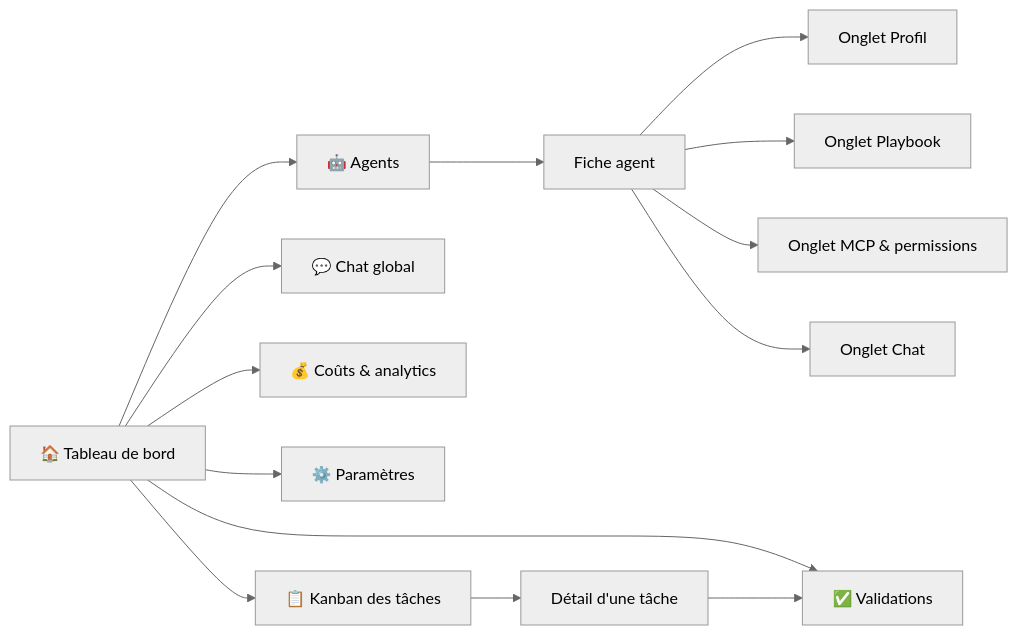
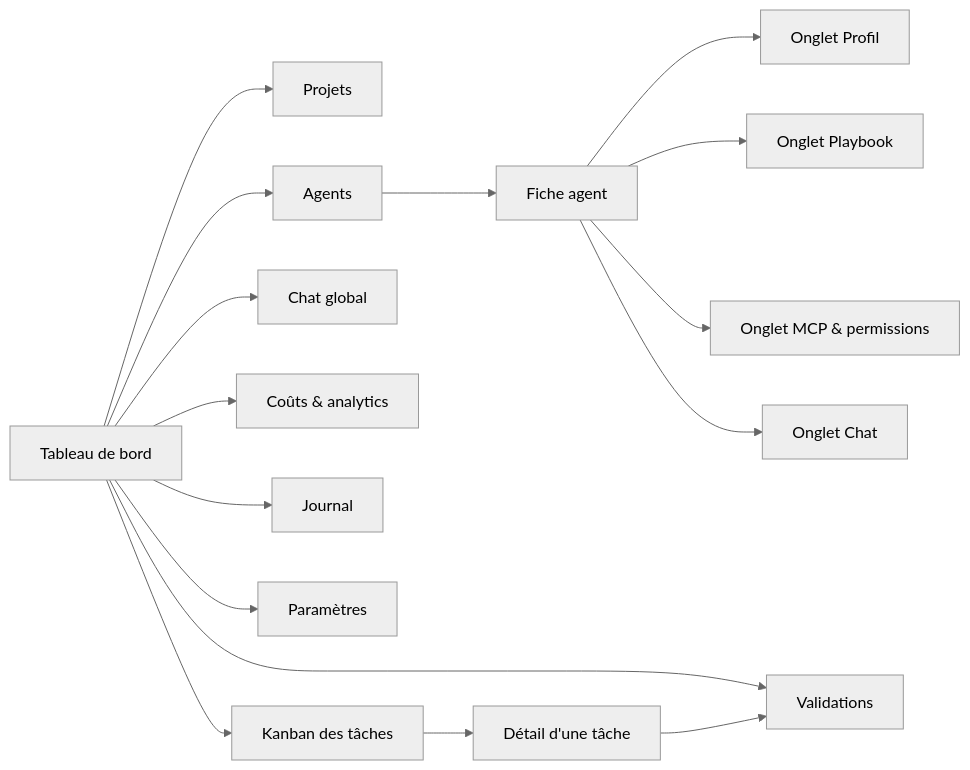
The diagram in docs/05-interface-control-tower.md (automatemaestro-create/maestro), drawn with Mermaid (neutral theme) before and after one commit. The commit also changed other lines of this file and 7 other files, not shown here.

````diff
--- a/docs/05-interface-control-tower.md
+++ b/docs/05-interface-control-tower.md
@@ -16,16 +20,18 @@
 ```mermaid
 flowchart LR
-    Home[🏠 Tableau de bord] --> Agents[🤖 Agents]
-    Home --> Chat[💬 Chat global]
-    Home --> Costs[💰 Coûts & analytics]
-    Home --> Approve[✅ Validations]
-    Home --> Settings[⚙️ Paramètres]
-    Home --> Tasks[📋 Kanban des tâches]
+    Home[Tableau de bord] --> Projets[Projets]
+    Home --> Agents[Agents]
+    Home --> Chat[Chat global]
+    Home --> Costs[Coûts & analytics]
+    Home --> Approve[Validations]
+    Home --> Journal[Journal]
+    Home --> Settings[Paramètres]
+    Home --> Tasks[Kanban des tâches]
     Agents --> AgentDetail[Fiche agent]
     AgentDetail --> Profil[Onglet Profil]
     AgentDetail --> Playbook[Onglet Playbook]
     AgentDetail --> Mcp[Onglet MCP & permissions]
     AgentDetail --> AgentChat[Onglet Chat]
     Tasks --> TaskDetail[Détail d'une tâche]
     TaskDetail --> Approve
 ```
````
